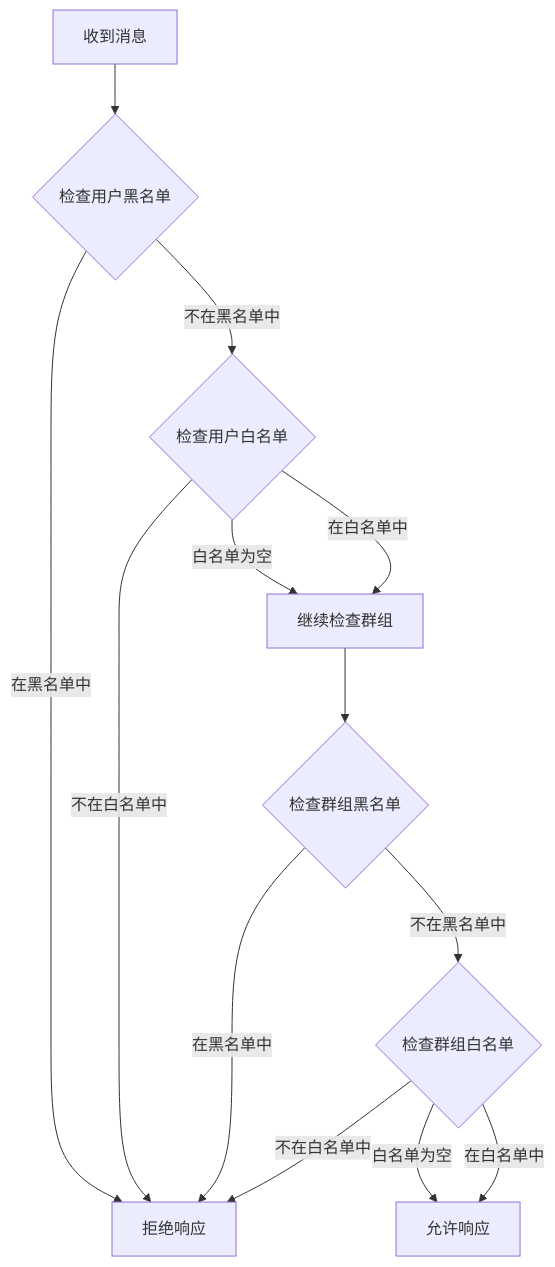
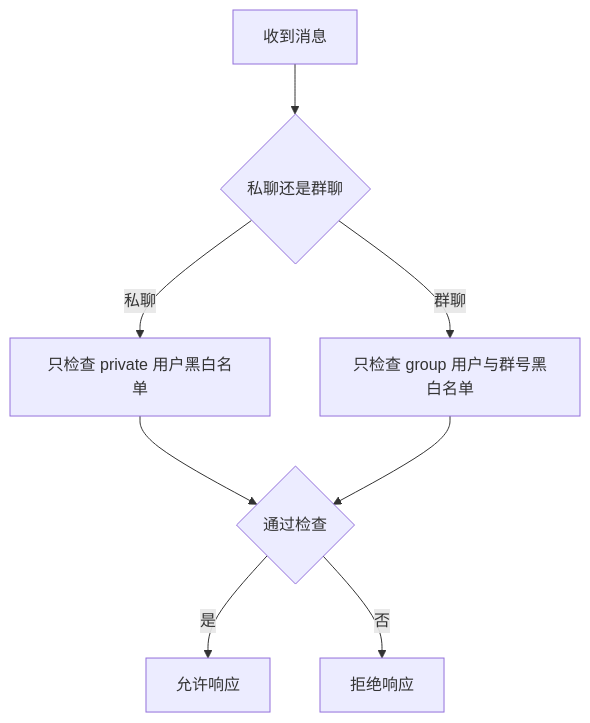
The fourth of 5 diagrams in docs/content/配置管理/触发配置.md (XxxXTeam/chatai-plugin), drawn with Mermaid before and after one commit. The commit also changed other lines of this file and 5 other files, not shown here.

````diff
--- a/docs/content/配置管理/触发配置.md
+++ b/docs/content/配置管理/触发配置.md
@@ -235,15 +225,10 @@
 ```mermaid
 flowchart TD
-A[收到消息] --> B{检查用户黑名单}
-B --> |在黑名单中| C[拒绝响应]
-B --> |不在黑名单中| D{检查用户白名单}
-D --> |白名单为空| E[继续检查群组]
-D --> |不在白名单中| C
-D --> |在白名单中| E
-E --> F{检查群组黑名单}
-F --> |在黑名单中| C
-F --> |不在黑名单中| G{检查群组白名单}
-G --> |白名单为空| H[允许响应]
-G --> |不在白名单中| C
-G --> |在白名单中| H
+A[收到消息] --> B{私聊还是群聊}
+B --> |私聊| C[只检查 private 用户黑白名单]
+B --> |群聊| D[只检查 group 用户与群号黑白名单]
+C --> E{通过检查}
+D --> E
+E --> |是| F[允许响应]
+E --> |否| G[拒绝响应]
 ```
````
